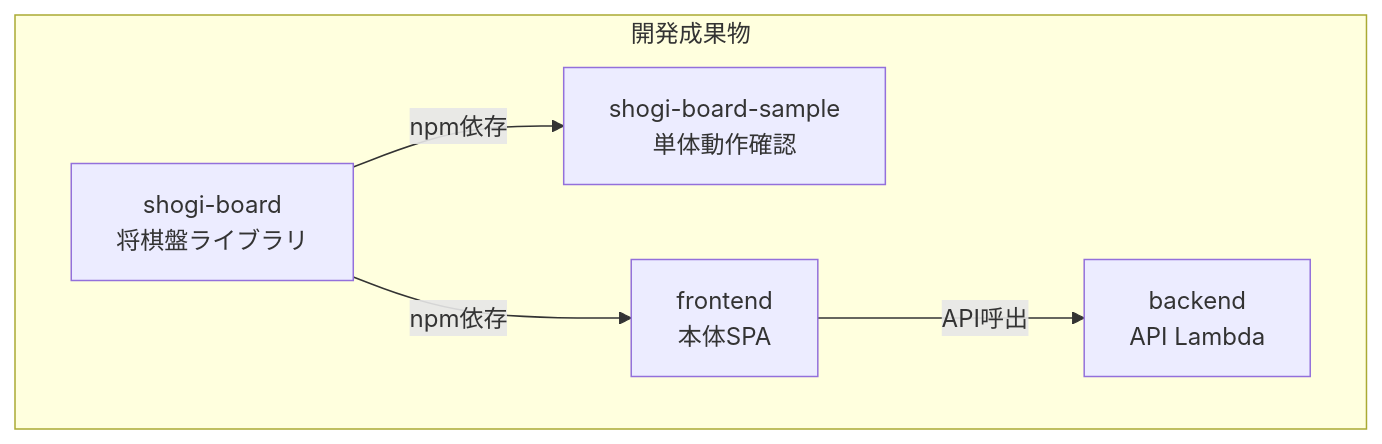
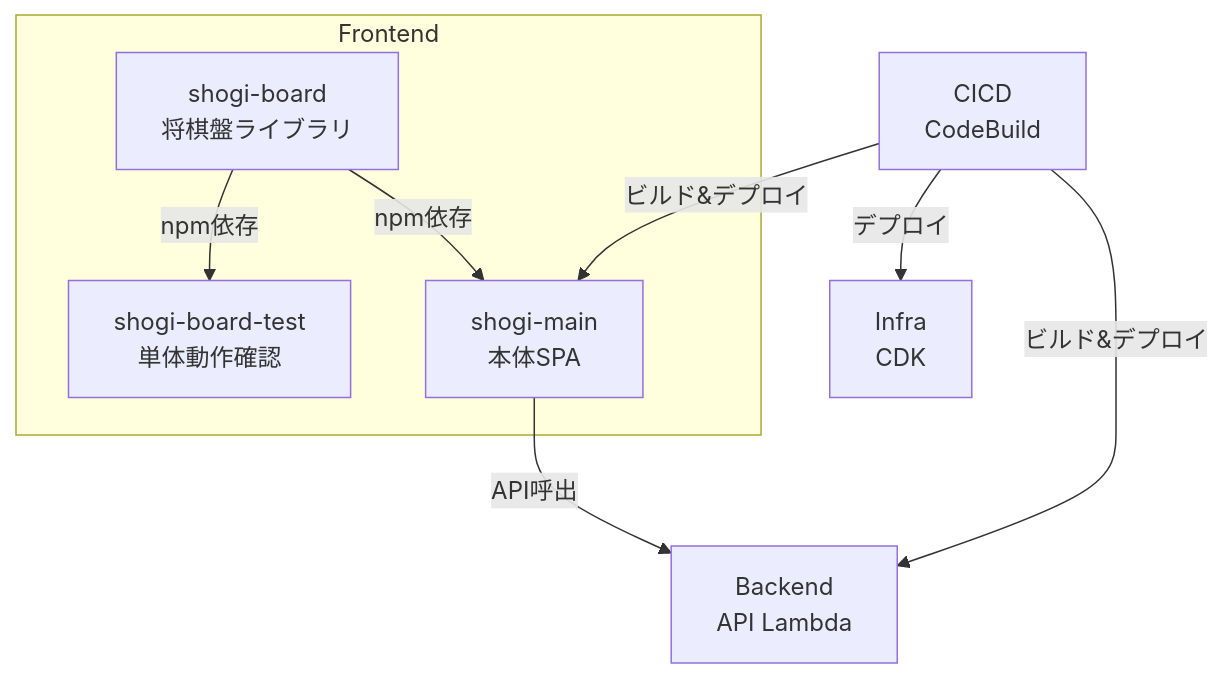
Before and after one commit to h-akira/ShogiProject2: the diagram in docs/project-structure.md, drawn with Mermaid. The commit also changed other lines of this file and 5 other files, not shown here.

````diff
--- a/docs/project-structure.md
+++ b/docs/project-structure.md
@@ -19,13 +22,19 @@
 ```mermaid
 graph TD
-  subgraph 開発成果物
+  subgraph Frontend
     SB[shogi-board<br/>将棋盤ライブラリ]
-    SBS[shogi-board-sample<br/>単体動作確認]
-    FE[frontend<br/>本体SPA]
-    BE[backend<br/>API Lambda]
+    SBT[shogi-board-test<br/>単体動作確認]
+    SM[shogi-main<br/>本体SPA]
   end
 
-  SB -->|npm依存| SBS
-  SB -->|npm依存| FE
-  FE -->|API呼出| BE
+  BE[Backend<br/>API Lambda]
+  INFRA[Infra<br/>CDK]
+  CICD[CICD<br/>CodeBuild]
+
+  SB -->|npm依存| SBT
+  SB -->|npm依存| SM
+  SM -->|API呼出| BE
+  CICD -->|ビルド&デプロイ| SM
+  CICD -->|ビルド&デプロイ| BE
+  CICD -->|デプロイ| INFRA
 ```
````
